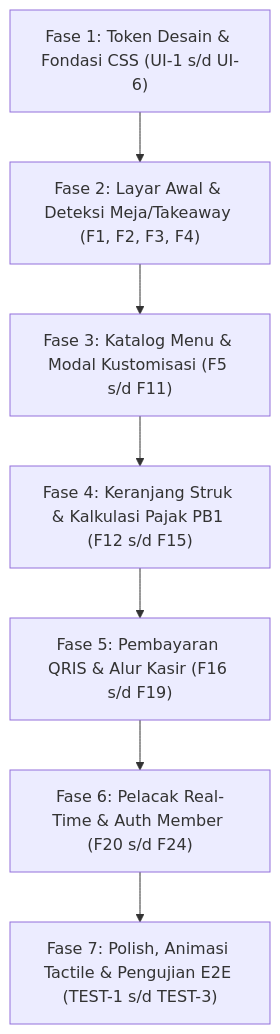
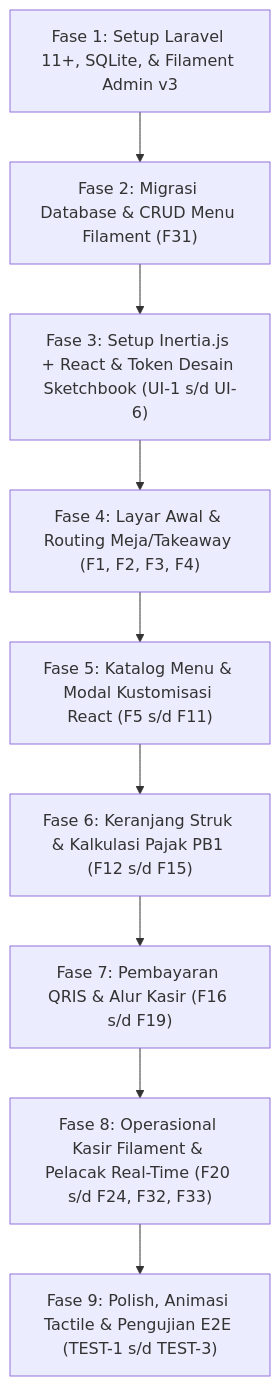
Before and after one commit to m-dzikri/self-order-app: the diagram in RULES.md, drawn with Mermaid. The commit also changed other lines of this file and 3 other files, not shown here.

Commit message:
CR-001: migrate architecture to Laravel 11+, Inertia React, and Filament Admin v3

````diff
--- a/RULES.md
+++ b/RULES.md
@@ -108,9 +119,11 @@
 ```mermaid
 graph TD
-    P1["Fase 1: Token Desain & Fondasi CSS (UI-1 s/d UI-6)"] --> P2["Fase 2: Layar Awal & Deteksi Meja/Takeaway (F1, F2, F3, F4)"]
-    P2 --> P3["Fase 3: Katalog Menu & Modal Kustomisasi (F5 s/d F11)"]
-    P3 --> P4["Fase 4: Keranjang Struk & Kalkulasi Pajak PB1 (F12 s/d F15)"]
-    P4 --> P5["Fase 5: Pembayaran QRIS & Alur Kasir (F16 s/d F19)"]
-    P5 --> P6["Fase 6: Pelacak Real-Time & Auth Member (F20 s/d F24)"]
-    P6 --> P7["Fase 7: Polish, Animasi Tactile & Pengujian E2E (TEST-1 s/d TEST-3)"]
+    P1["Fase 1: Setup Laravel 11+, SQLite, & Filament Admin v3"] --> P2["Fase 2: Migrasi Database & CRUD Menu Filament (F31)"]
+    P2 --> P3["Fase 3: Setup Inertia.js + React & Token Desain Sketchbook (UI-1 s/d UI-6)"]
+    P3 --> P4["Fase 4: Layar Awal & Routing Meja/Takeaway (F1, F2, F3, F4)"]
+    P4 --> P5["Fase 5: Katalog Menu & Modal Kustomisasi React (F5 s/d F11)"]
+    P5 --> P6["Fase 6: Keranjang Struk & Kalkulasi Pajak PB1 (F12 s/d F15)"]
+    P6 --> P7["Fase 7: Pembayaran QRIS & Alur Kasir (F16 s/d F19)"]
+    P7 --> P8["Fase 8: Operasional Kasir Filament & Pelacak Real-Time (F20 s/d F24, F32, F33)"]
+    P8 --> P9["Fase 9: Polish, Animasi Tactile & Pengujian E2E (TEST-1 s/d TEST-3)"]
 ```
````
